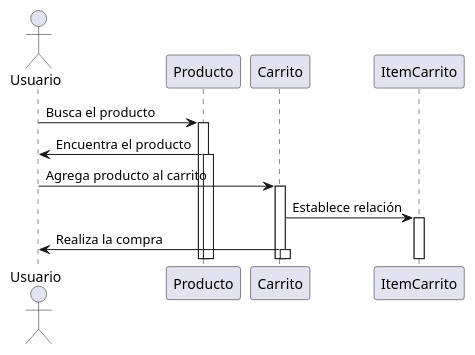
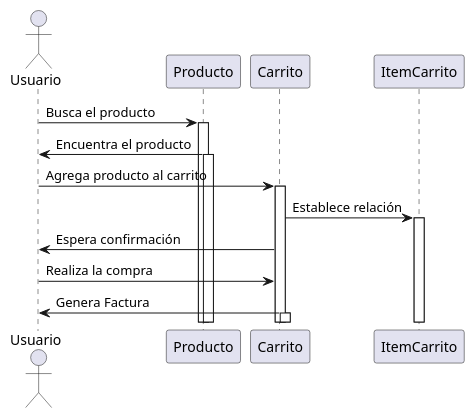
Before and after one commit to jonnycanabal/tienda-web-backend: the diagram in diagramas-tienda-web/diagrama_de_secuencia.puml, drawn with PlantUML. The commit also changed 8 other files, not shown here.

Commit message:
Actualizacino diagramas UML

```diff
--- a/diagramas-tienda-web/diagrama_de_secuencia.puml
+++ b/diagramas-tienda-web/diagrama_de_secuencia.puml
@@ -1,24 +1,28 @@
 @startuml tienda-web
 
 actor Usuario
 
 participant Producto
 participant Carrito
 participant ItemCarrito
 
 Usuario -> Producto: Busca el producto
 activate Producto
 
 Producto -> Usuario : Encuentra el producto
 activate Producto
 
 Usuario -> Carrito: Agrega producto al carrito
 activate Carrito
 
 Carrito -> ItemCarrito: Establece relación
 activate ItemCarrito
 
-Carrito -> Usuario : Realiza la compra
+Carrito -> Usuario : Espera confirmación
+
+Usuario -> Carrito: Realiza la compra
+
+Carrito -> Usuario : Genera Factura
 activate Carrito
 
 @enduml
```
